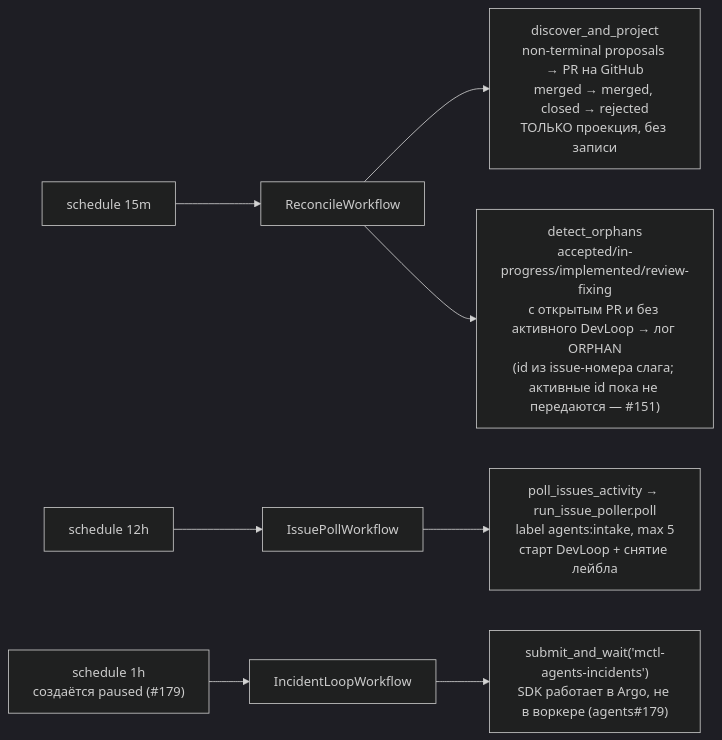
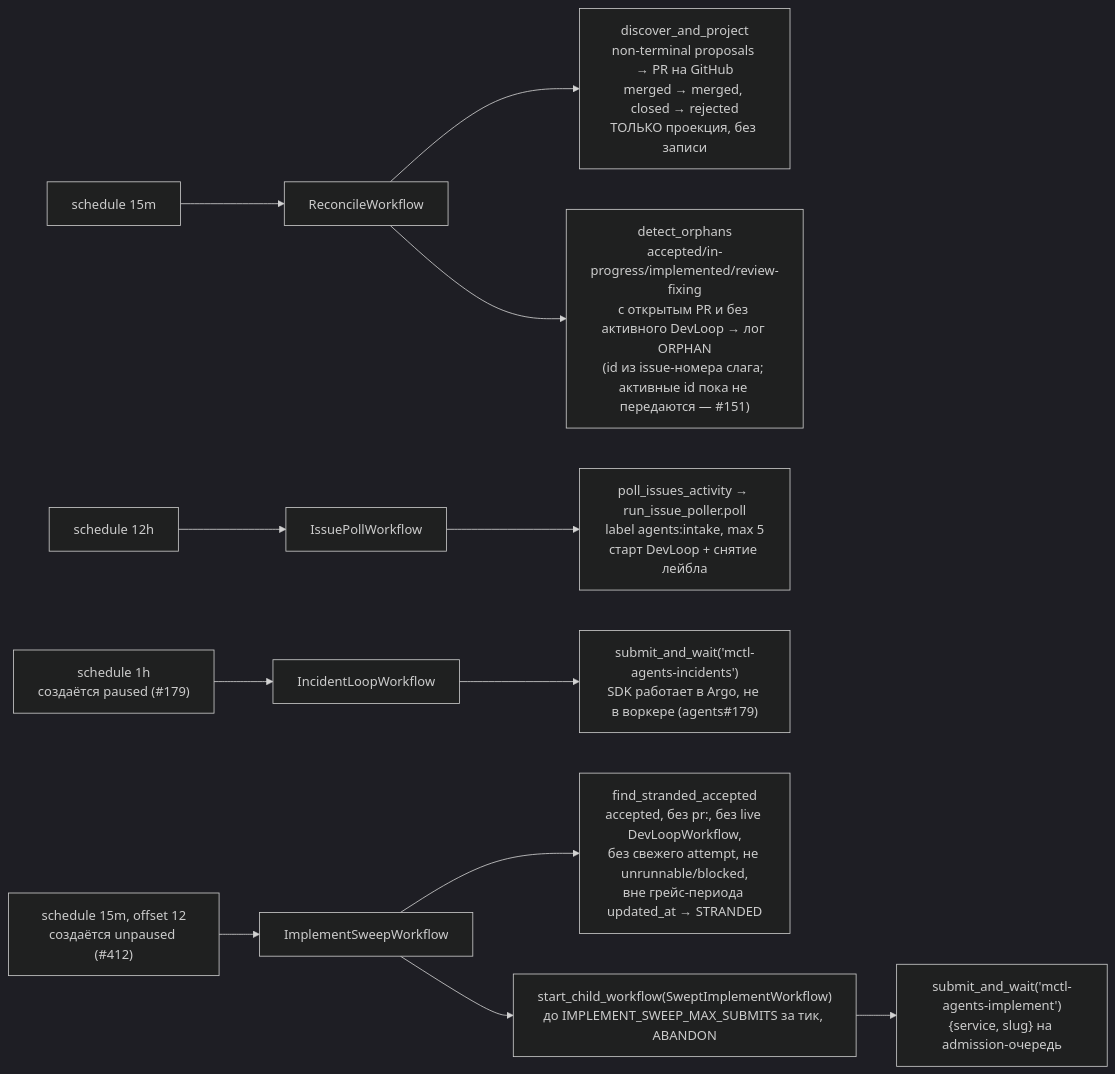
The diagram in docs/diagrams/temporal-flow-schedules.mmd (mctlhq/mctl-agents), drawn with Mermaid (dark theme) before and after one commit. The commit also changed 18 other files, not shown here.

```diff
--- a/docs/diagrams/temporal-flow-schedules.mmd
+++ b/docs/diagrams/temporal-flow-schedules.mmd
@@ -1,10 +1,15 @@
 flowchart LR
     S1["schedule 15m"] --> REC["ReconcileWorkflow"]
     REC --> D["discover_and_project<br/>non-terminal proposals → PR на GitHub<br/>merged → merged, closed → rejected<br/>ТОЛЬКО проекция, без записи"]
     REC --> O["detect_orphans<br/>accepted/in-progress/implemented/review-fixing<br/>с открытым PR и без активного DevLoop → лог ORPHAN<br/>(id из issue-номера слага; активные id пока не передаются — #151)"]
 
     S2["schedule 12h"] --> ISS["IssuePollWorkflow"]
     ISS --> P["poll_issues_activity → run_issue_poller.poll<br/>label agents:intake, max 5<br/>старт DevLoop + снятие лейбла"]
 
     S3["schedule 1h<br/>создаётся paused (#179)"] --> INC["IncidentLoopWorkflow"]
     INC --> I["submit_and_wait('mctl-agents-incidents')<br/>SDK работает в Argo, не в воркере (agents#179)"]
+
+    S4["schedule 15m, offset 12<br/>создаётся unpaused (#412)"] --> SWEEP["ImplementSweepWorkflow"]
+    SWEEP --> ST["find_stranded_accepted<br/>accepted, без pr:, без live DevLoopWorkflow,<br/>без свежего attempt, не unrunnable/blocked,<br/>вне грейс-периода updated_at → STRANDED"]
+    SWEEP --> CH["start_child_workflow(SweptImplementWorkflow)<br/>до IMPLEMENT_SWEEP_MAX_SUBMITS за тик, ABANDON"]
+    CH --> SUB2["submit_and_wait('mctl-agents-implement')<br/>{service, slug} на admission-очередь"]
```
